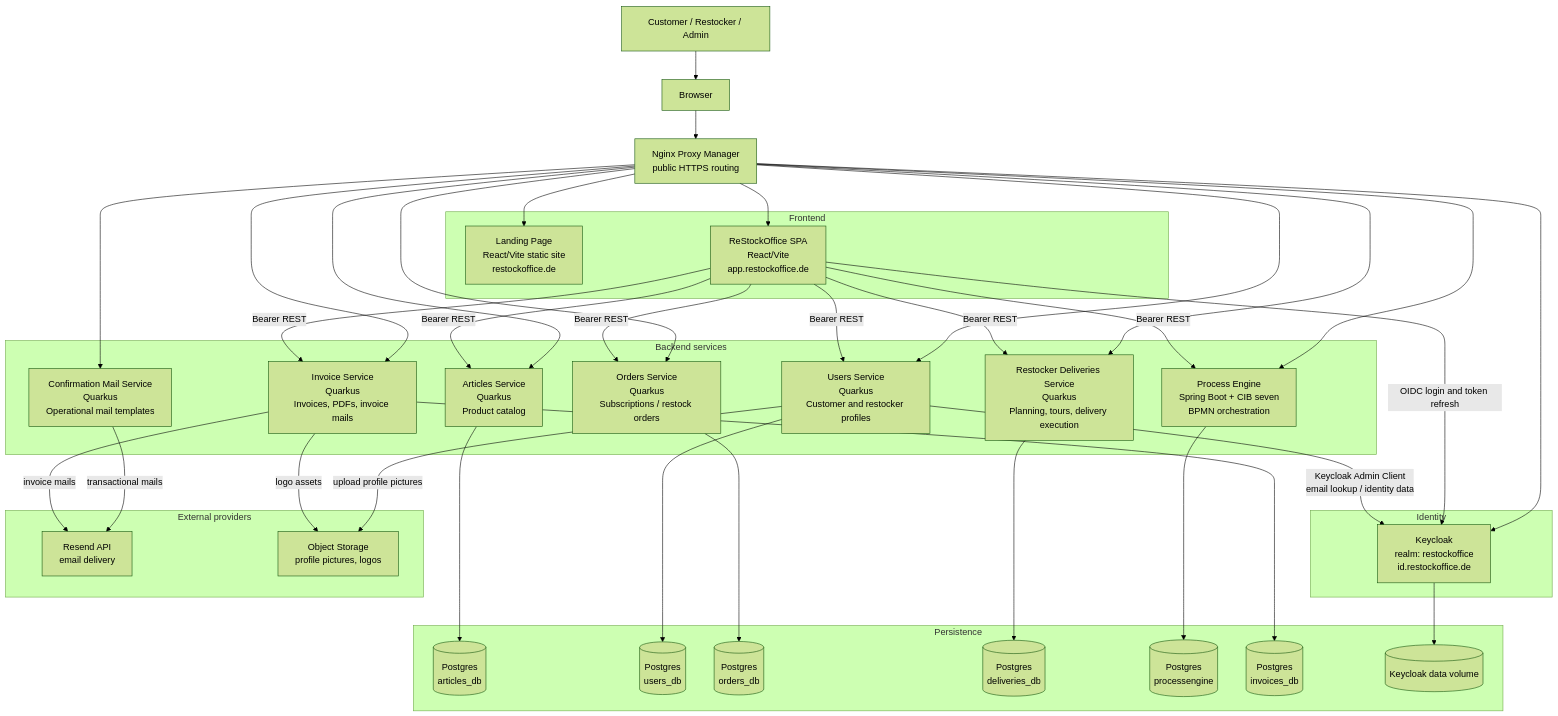
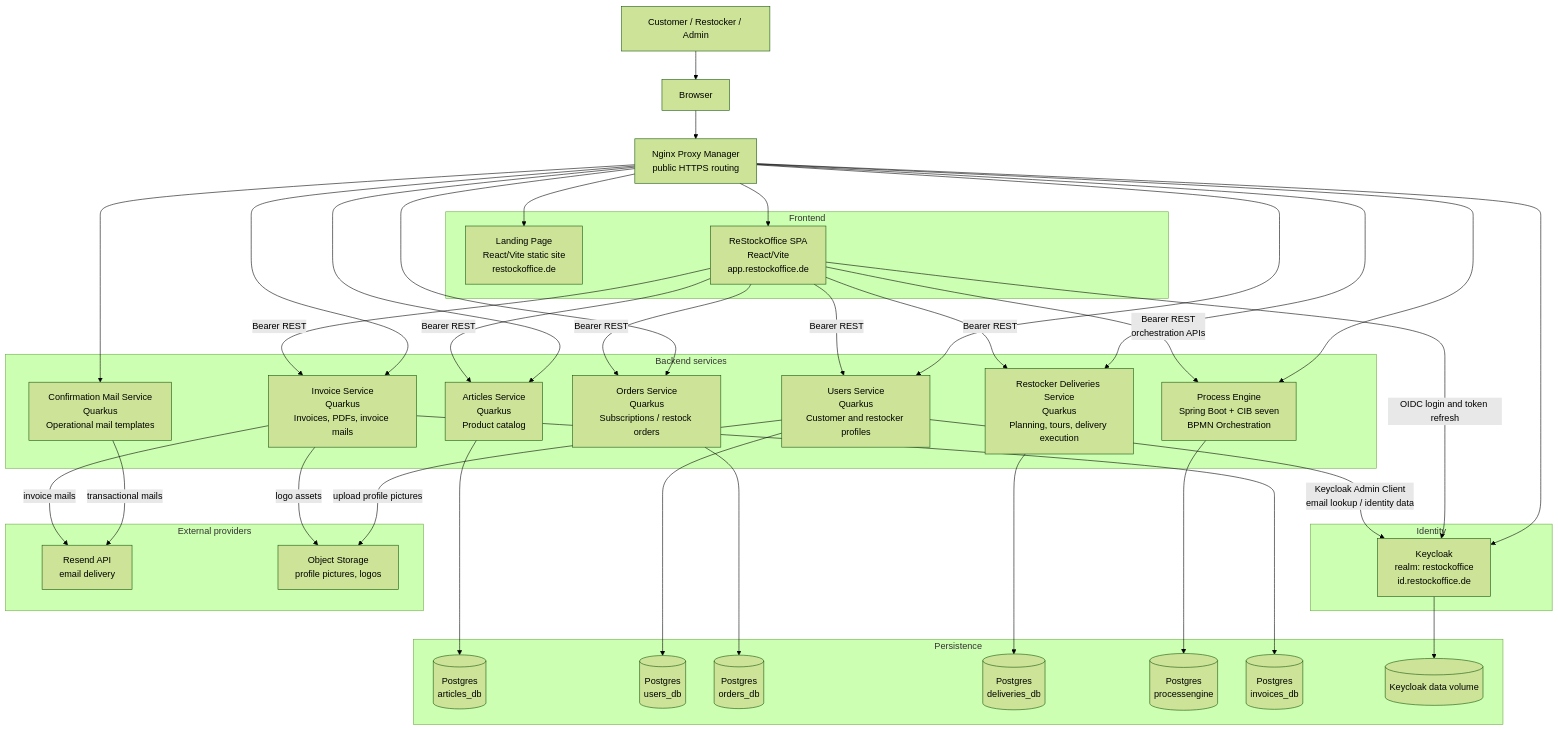
One commit to thi-projekte/ReStockOffice changed the first of 7 diagrams in docs/system-architecture.md. Above: the diagram before and after it, drawn with Mermaid (forest theme). The commit also changed other lines of this file, not shown here.

````diff
--- a/docs/system-architecture.md
+++ b/docs/system-architecture.md
@@ -9,76 +9,76 @@
 ```mermaid
 flowchart TB
     actor["Customer / Restocker / Admin"]
     browser["Browser"]
     proxy["Nginx Proxy Manager<br/>public HTTPS routing"]
 
     actor --> browser
     browser --> proxy
 
     subgraph frontend["Frontend"]
         landing["Landing Page<br/>React/Vite static site<br/>restockoffice.de"]
         spa["ReStockOffice SPA<br/>React/Vite<br/>app.restockoffice.de"]
     end
 
     subgraph identity["Identity"]
         keycloak["Keycloak<br/>realm: restockoffice<br/>id.restockoffice.de"]
     end
 
     subgraph backend["Backend services"]
         articles["Articles Service<br/>Quarkus<br/>Product catalog"]
         users["Users Service<br/>Quarkus<br/>Customer and restocker profiles"]
         orders["Orders Service<br/>Quarkus<br/>Subscriptions / restock orders"]
         deliveries["Restocker Deliveries Service<br/>Quarkus<br/>Planning, tours, delivery execution"]
-        processengine["Process Engine<br/>Spring Boot + CIB seven<br/>BPMN orchestration"]
+        processengine["Process Engine<br/>Spring Boot + CIB seven<br/>BPMN Orchestration"]
         mailer["Confirmation Mail Service<br/>Quarkus<br/>Operational mail templates"]
         invoice["Invoice Service<br/>Quarkus<br/>Invoices, PDFs, invoice mails"]
     end
 
     subgraph persistence["Persistence"]
         articlesDb[(Postgres<br/>articles_db)]
         usersDb[(Postgres<br/>users_db)]
         ordersDb[(Postgres<br/>orders_db)]
         deliveriesDb[(Postgres<br/>deliveries_db)]
         processDb[(Postgres<br/>processengine)]
         invoiceDb[(Postgres<br/>invoices_db)]
         keycloakData[(Keycloak data volume)]
     end
 
     subgraph external["External providers"]
         resend["Resend API<br/>email delivery"]
         objectStorage["Object Storage<br/>profile pictures, logos"]
     end
 
     proxy --> landing
     proxy --> spa
     proxy --> keycloak
     proxy --> articles
     proxy --> users
     proxy --> orders
     proxy --> deliveries
     proxy --> processengine
     proxy --> invoice
     proxy --> mailer
 
     spa -->|"OIDC login and token refresh"| keycloak
     spa -->|"Bearer REST"| articles
     spa -->|"Bearer REST"| users
     spa -->|"Bearer REST"| orders
     spa -->|"Bearer REST"| deliveries
-    spa -->|"Bearer REST"| processengine
+    spa -->|"Bearer REST<br/>orchestration APIs"| processengine
     spa -->|"Bearer REST"| invoice
 
     articles --> articlesDb
     users --> usersDb
     orders --> ordersDb
     deliveries --> deliveriesDb
     processengine --> processDb
     invoice --> invoiceDb
     keycloak --> keycloakData
 
     users -->|"Keycloak Admin Client<br/>email lookup / identity data"| keycloak
     users -->|"upload profile pictures"| objectStorage
     invoice -->|"logo assets"| objectStorage
     mailer -->|"transactional mails"| resend
     invoice -->|"invoice mails"| resend
 ```
````
